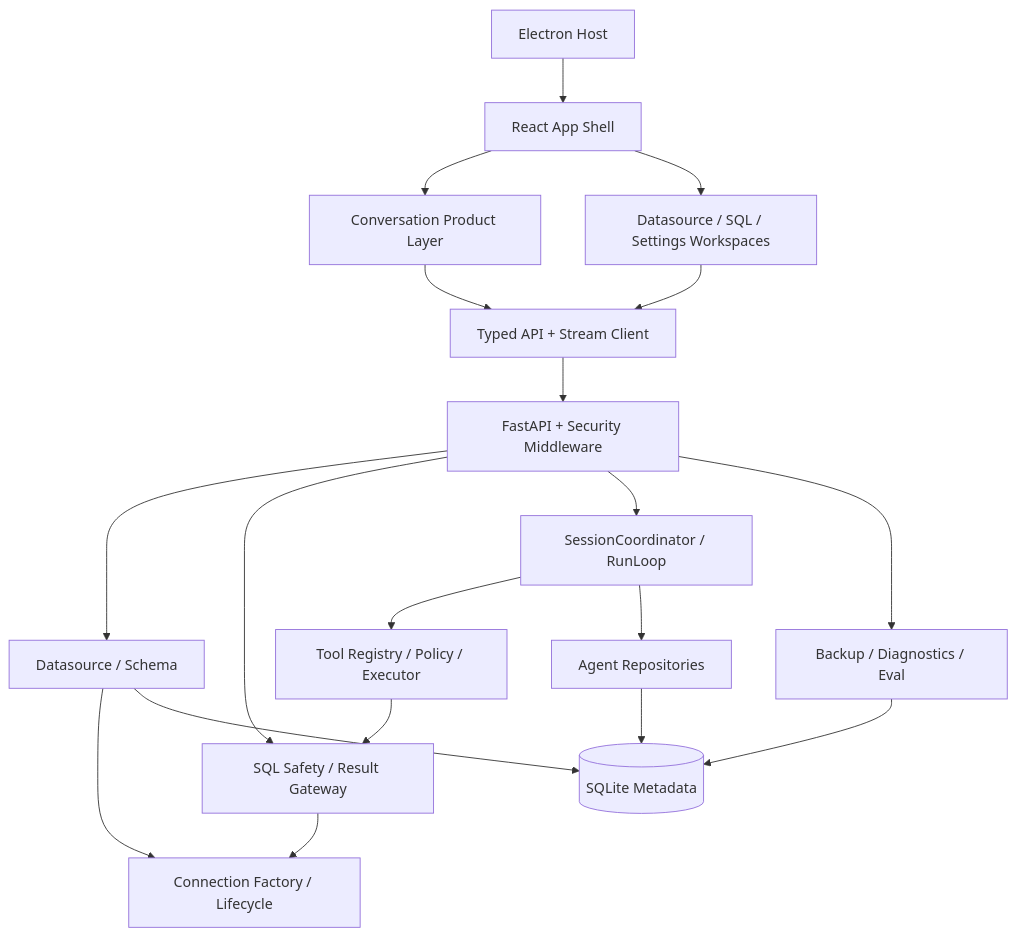
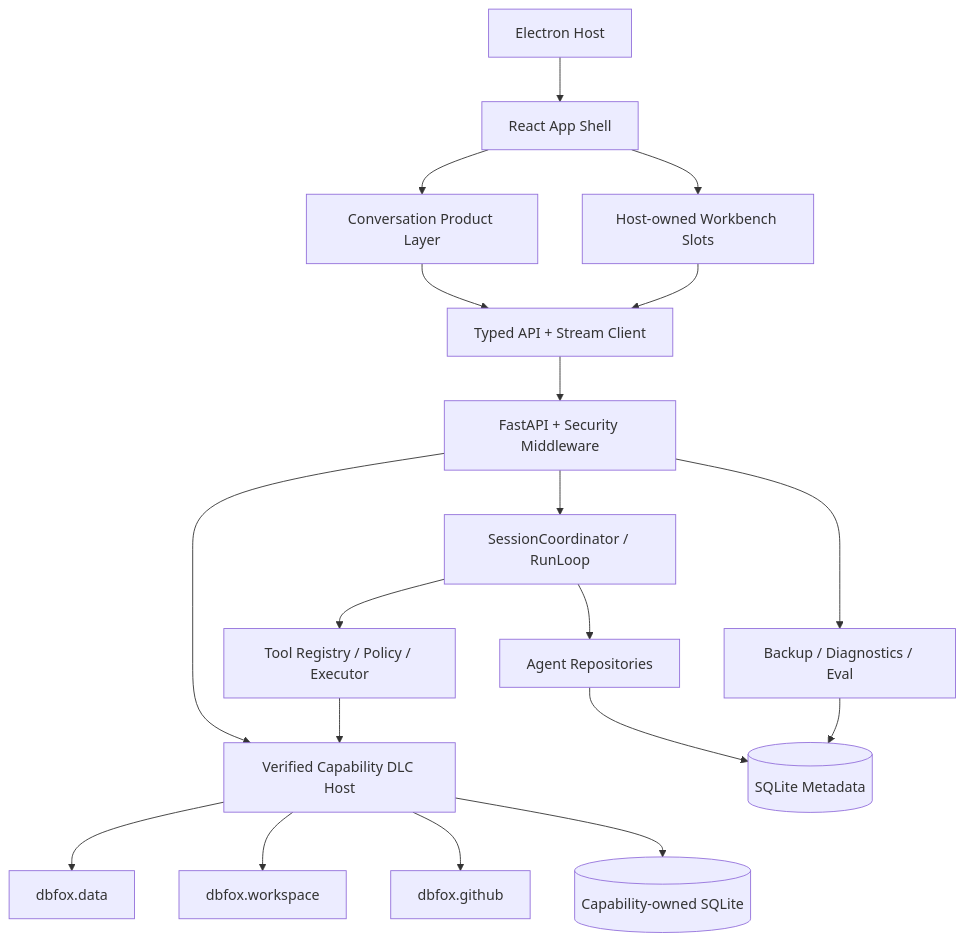
Before and after one commit to trrueee/DBFox: the first of 5 diagrams in docs/architecture/implementation-map.md, drawn with Mermaid. The commit also changed other lines of this file and 245 other files, not shown here.

Commit message:
refactor: complete agent core capability DLC cutover

````diff
--- a/docs/architecture/implementation-map.md
+++ b/docs/architecture/implementation-map.md
@@ -28,23 +28,23 @@
 ```mermaid
 flowchart TB
     HOST["Electron Host"] --> UI["React App Shell"]
     UI --> CONV["Conversation Product Layer"]
-    UI --> WORK["Datasource / SQL / Settings Workspaces"]
+    UI --> WORK["Host-owned Workbench Slots"]
     CONV --> CLIENT["Typed API + Stream Client"]
     WORK --> CLIENT
     CLIENT --> API["FastAPI + Security Middleware"]
 
-    API --> DS["Datasource / Schema"]
-    API --> SQL["SQL Safety / Result Gateway"]
+    API --> DLC["Verified Capability DLC Host"]
     API --> AGENT["SessionCoordinator / RunLoop"]
     API --> OPS["Backup / Diagnostics / Eval"]
 
     AGENT --> TOOL["Tool Registry / Policy / Executor"]
     AGENT --> REPO["Agent Repositories"]
-    TOOL --> SQL
-    DS --> CONN["Connection Factory / Lifecycle"]
-    SQL --> CONN
+    DLC --> DATA["dbfox.data"]
+    DLC --> WORKSPACE["dbfox.workspace"]
+    DLC --> GITHUB["dbfox.github"]
+    TOOL --> DLC
     REPO --> META[("SQLite Metadata")]
-    DS --> META
+    DLC --> DLCSTATE[("Capability-owned SQLite")]
     OPS --> META
 ```
````
